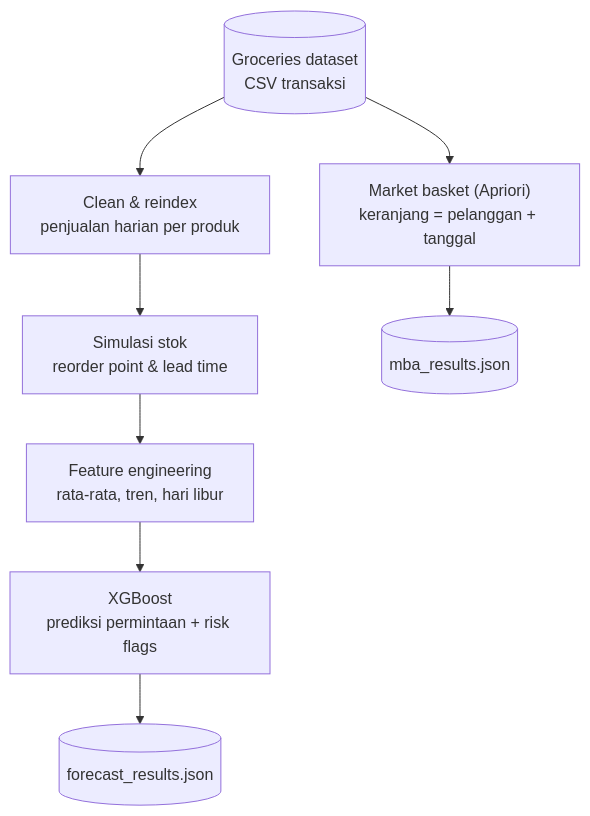
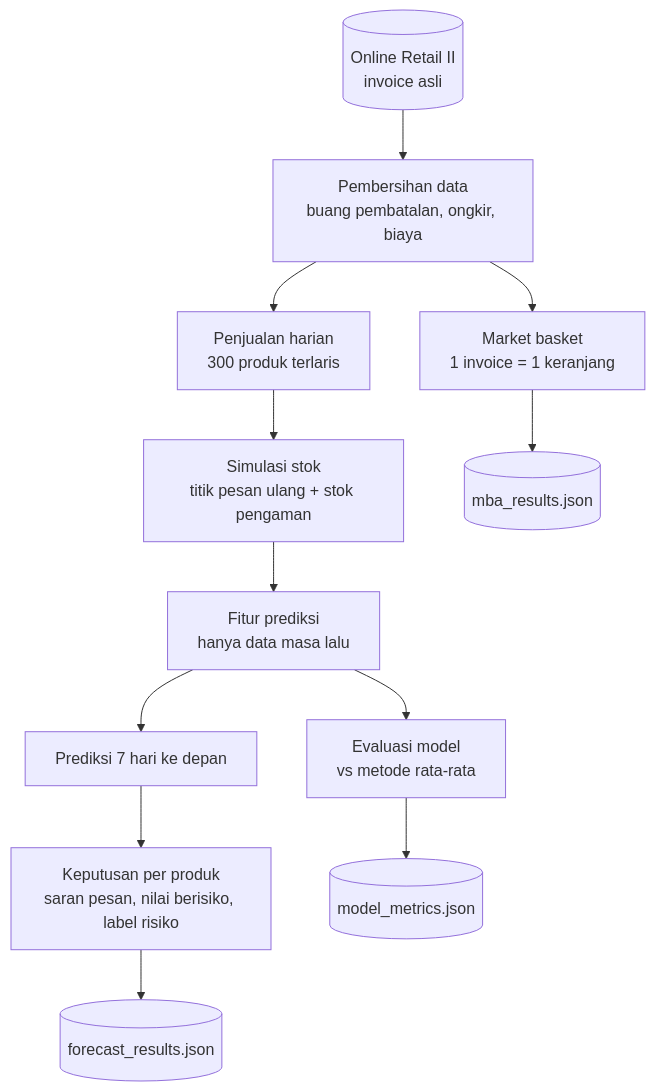
The first of 5 diagrams in README.md (rivaldimhr/retail-inventory-ai), drawn with Mermaid before and after one commit. The commit also changed other lines of this file and 9775 other files, not shown here.

First line of the commit message:
Rebuild on Online Retail II with 7-day forecast, reorder recommendations and tests

````diff
--- a/README.md
+++ b/README.md
@@ -38,10 +55,14 @@
 ```mermaid
 flowchart TD
-    A[("Groceries dataset<br/>CSV transaksi")] --> B["Clean & reindex<br/>penjualan harian per produk"]
-    A --> F["Market basket (Apriori)<br/>keranjang = pelanggan + tanggal"]
-    B --> C["Simulasi stok<br/>reorder point & lead time"]
-    C --> D["Feature engineering<br/>rata-rata, tren, hari libur"]
-    D --> E["XGBoost<br/>prediksi permintaan + risk flags"]
-    E --> G[("forecast_results.json")]
-    F --> H[("mba_results.json")]
+    A[("Online Retail II<br/>invoice asli")] --> B["Pembersihan data<br/>buang pembatalan, ongkir, biaya"]
+    B --> C["Penjualan harian<br/>300 produk terlaris"]
+    B --> M["Market basket<br/>1 invoice = 1 keranjang"]
+    C --> D["Simulasi stok<br/>titik pesan ulang + stok pengaman"]
+    D --> E["Fitur prediksi<br/>hanya data masa lalu"]
+    E --> F["Evaluasi model<br/>vs metode rata-rata"]
+    E --> G["Prediksi 7 hari ke depan"]
+    G --> H["Keputusan per produk<br/>saran pesan, nilai berisiko, label risiko"]
+    H --> J[("forecast_results.json")]
+    F --> K[("model_metrics.json")]
+    M --> N[("mba_results.json")]
 ```
````
